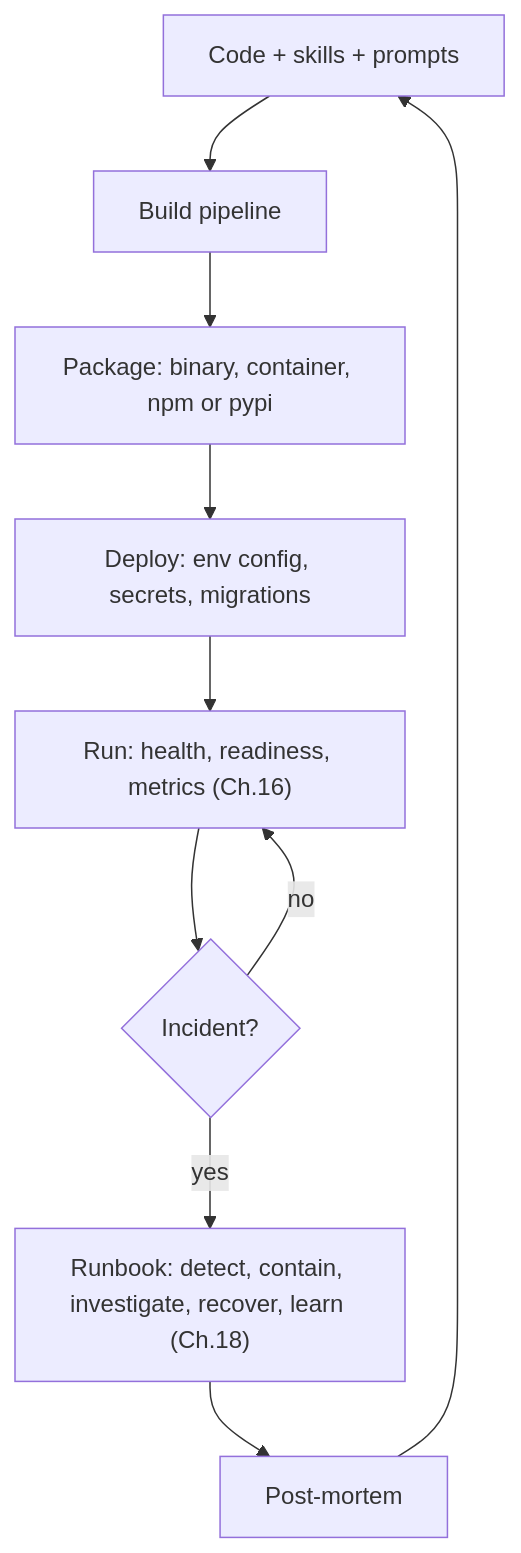
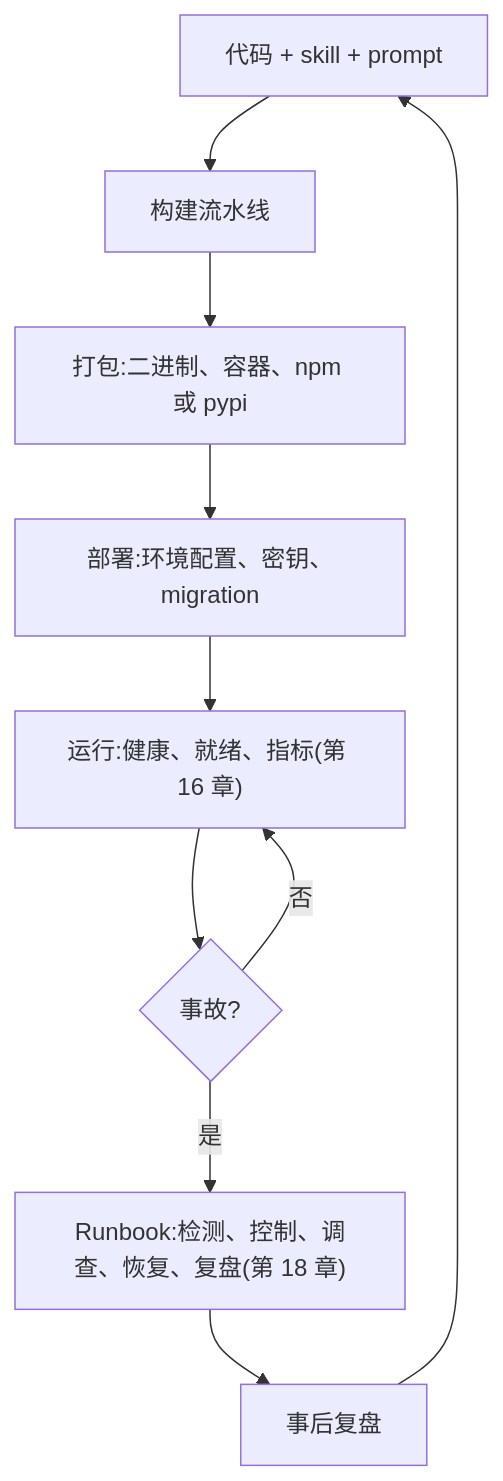
The first of 2 diagrams in course-zh/19-ops-and-forward-deployed.md (ocxers/agentic-ai-system-course-zh), drawn with Mermaid before and after one commit. The commit also changed other lines of this file and 14 other files, not shown here.

````diff
--- a/course-zh/19-ops-and-forward-deployed.md
+++ b/course-zh/19-ops-and-forward-deployed.md
@@ -21,12 +21,12 @@
 ```mermaid
 flowchart TD
-    Code["Code + skills + prompts"] --> Build["Build pipeline"]
-    Build --> Pkg["Package: binary, container, npm or pypi"]
-    Pkg --> Deploy["Deploy: env config, secrets, migrations"]
-    Deploy --> Run["Run: health, readiness, metrics (Ch.16)"]
-    Run --> Inc{"Incident?"}
-    Inc -- no --> Run
-    Inc -- yes --> Runbook["Runbook: detect, contain, investigate, recover, learn (Ch.18)"]
-    Runbook --> PM["Post-mortem"]
+    Code["代码 + skill + prompt"] --> Build["构建流水线"]
+    Build --> Pkg["打包:二进制、容器、npm 或 pypi"]
+    Pkg --> Deploy["部署:环境配置、密钥、migration"]
+    Deploy --> Run["运行:健康、就绪、指标(第 16 章)"]
+    Run --> Inc{"事故?"}
+    Inc -- 否 --> Run
+    Inc -- 是 --> Runbook["Runbook:检测、控制、调查、恢复、复盘(第 18 章)"]
+    Runbook --> PM["事后复盘"]
     PM --> Code
 ```
````
